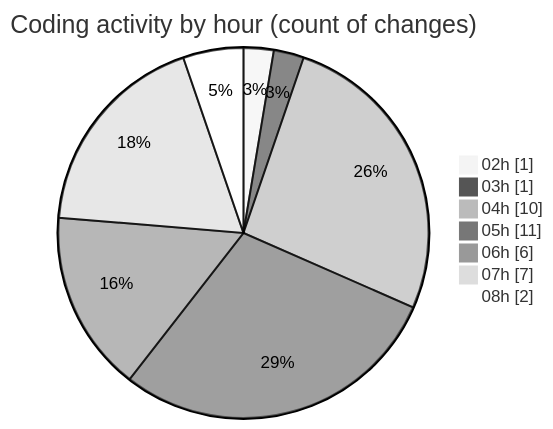
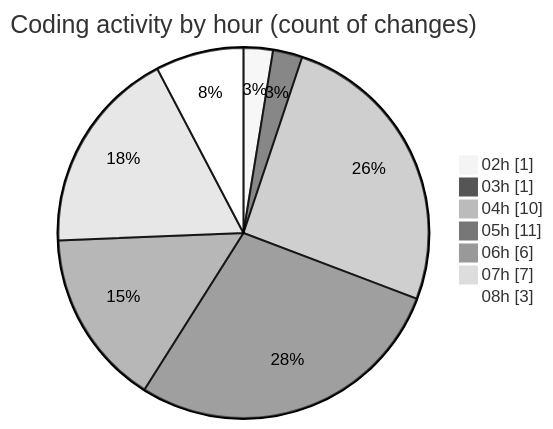
One commit to julien-gomy/code-tracking changed the second of 2 diagrams in 2025-10-31/cdp_aleoudev_fr__workspace_/README.md. Above: the diagram before and after it, drawn with Mermaid (neutral theme). The commit also changed other lines of this file and 1 other file, not shown here.

````diff
--- a/2025-10-31/cdp_aleoudev_fr__workspace_/README.md
+++ b/2025-10-31/cdp_aleoudev_fr__workspace_/README.md
@@ -29,11 +29,11 @@
 ```mermaid
 pie showData
 title Coding activity by hour (count of changes)
 "02h" : 1
 "03h" : 1
 "04h" : 10
 "05h" : 11
 "06h" : 6
 "07h" : 7
-"08h" : 2
+"08h" : 3
 ```
````
